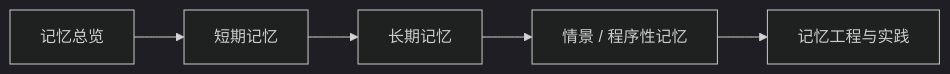
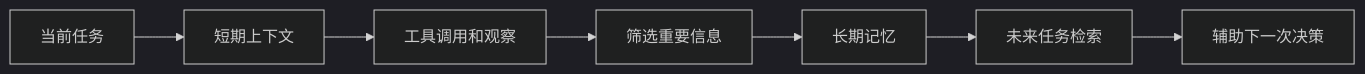
The first of 3 diagrams in docs/stage9/ch04-memory/00-roadmap.md (oudbiao/AI-fullstack-course), drawn with Mermaid (dark theme) before and after one commit. The commit also changed other lines of this file and 95 other files, not shown here.

````diff
--- a/docs/stage9/ch04-memory/00-roadmap.md
+++ b/docs/stage9/ch04-memory/00-roadmap.md
@@ -16,7 +20,9 @@
 ```mermaid
 flowchart LR
-    A["记忆总览"] --> B["短期记忆"]
-    B --> C["长期记忆"]
-    C --> D["情景 / 程序性记忆"]
-    D --> E["记忆工程与实践"]
+  A[当前任务] --> B[短期上下文]
+  B --> C[工具调用和观察]
+  C --> D[筛选重要信息]
+  D --> E[长期记忆]
+  E --> F[未来任务检索]
+  F --> G[辅助下一次决策]
 ```
````
